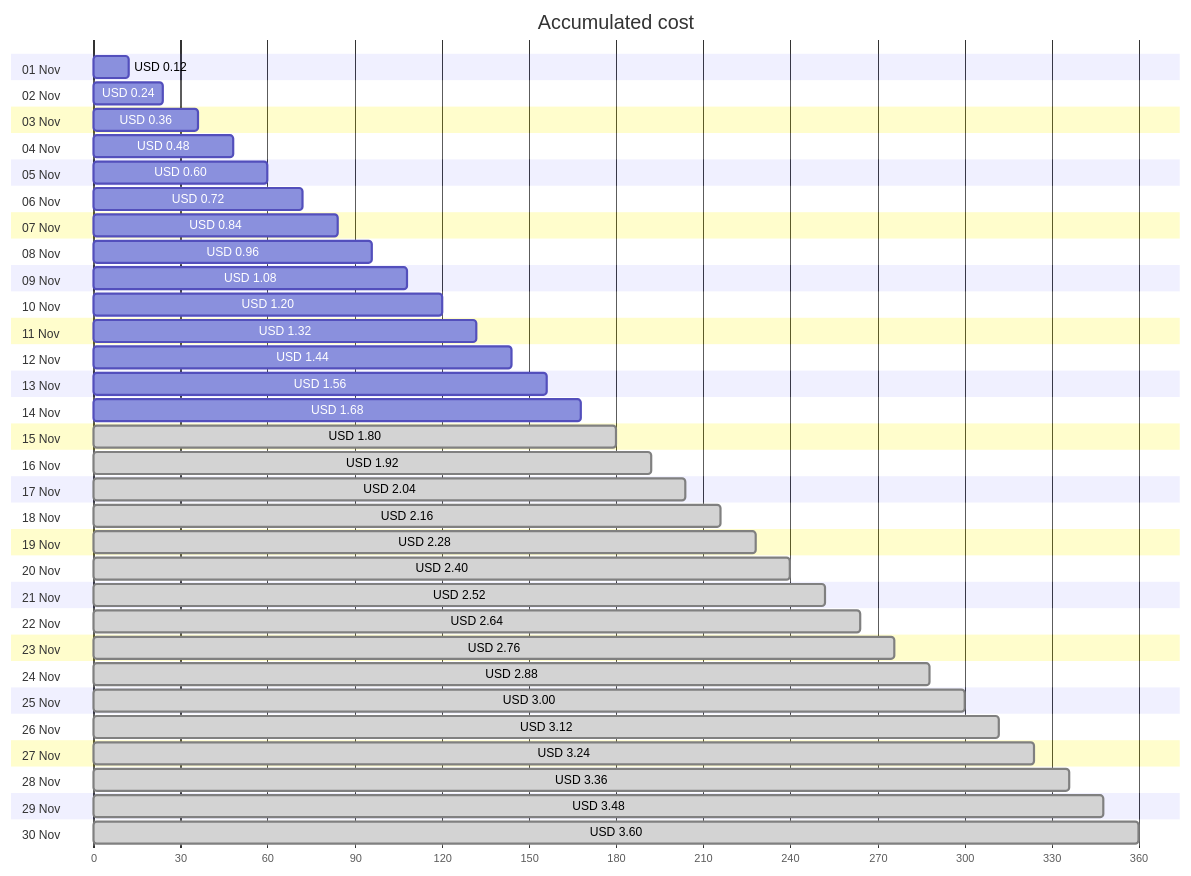
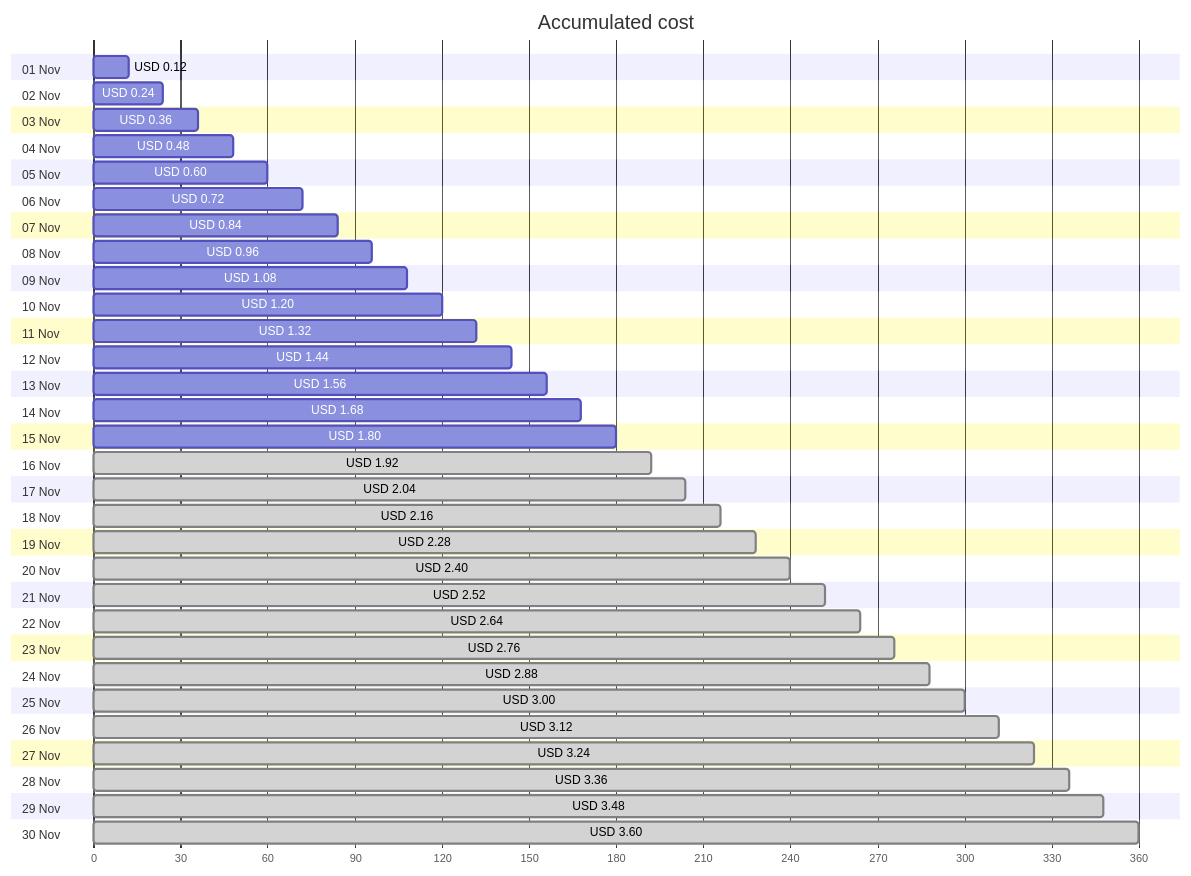
One commit to jpfulton/azure-personal-reports changed the first of 4 diagrams in cost-reports/personal-network/backup-server-public-ip.md. Above: the diagram before and after it, drawn with Mermaid. The commit also changed other lines of this file and 8 other files, not shown here.

````diff
--- a/cost-reports/personal-network/backup-server-public-ip.md
+++ b/cost-reports/personal-network/backup-server-public-ip.md
@@ -20,66 +20,66 @@
 ```mermaid
 gantt
    title Accumulated cost
    dateFormat  X
    axisFormat %s
    section 01 Nov
    USD 0.12 :0, 12
    section 02 Nov
    USD 0.24 :0, 24
    section 03 Nov
    USD 0.36 :0, 36
    section 04 Nov
    USD 0.48 :0, 48
    section 05 Nov
    USD 0.60 :0, 60
    section 06 Nov
    USD 0.72 :0, 72
    section 07 Nov
    USD 0.84 :0, 84
    section 08 Nov
    USD 0.96 :0, 96
    section 09 Nov
    USD 1.08 :0, 108
    section 10 Nov
    USD 1.20 :0, 120
    section 11 Nov
    USD 1.32 :0, 132
    section 12 Nov
    USD 1.44 :0, 144
    section 13 Nov
    USD 1.56 :0, 156
    section 14 Nov
    USD 1.68 :0, 168
    section 15 Nov
-   USD 1.80 : done, 0, 180
+   USD 1.80 :0, 180
    section 16 Nov
    USD 1.92 : done, 0, 192
    section 17 Nov
    USD 2.04 : done, 0, 204
    section 18 Nov
    USD 2.16 : done, 0, 216
    section 19 Nov
    USD 2.28 : done, 0, 228
    section 20 Nov
    USD 2.40 : done, 0, 240
    section 21 Nov
    USD 2.52 : done, 0, 252
    section 22 Nov
    USD 2.64 : done, 0, 264
    section 23 Nov
    USD 2.76 : done, 0, 276
    section 24 Nov
    USD 2.88 : done, 0, 288
    section 25 Nov
    USD 3.00 : done, 0, 300
    section 26 Nov
    USD 3.12 : done, 0, 312
    section 27 Nov
    USD 3.24 : done, 0, 324
    section 28 Nov
    USD 3.36 : done, 0, 336
    section 29 Nov
    USD 3.48 : done, 0, 348
    section 30 Nov
    USD 3.60 : done, 0, 360
 ```
````
